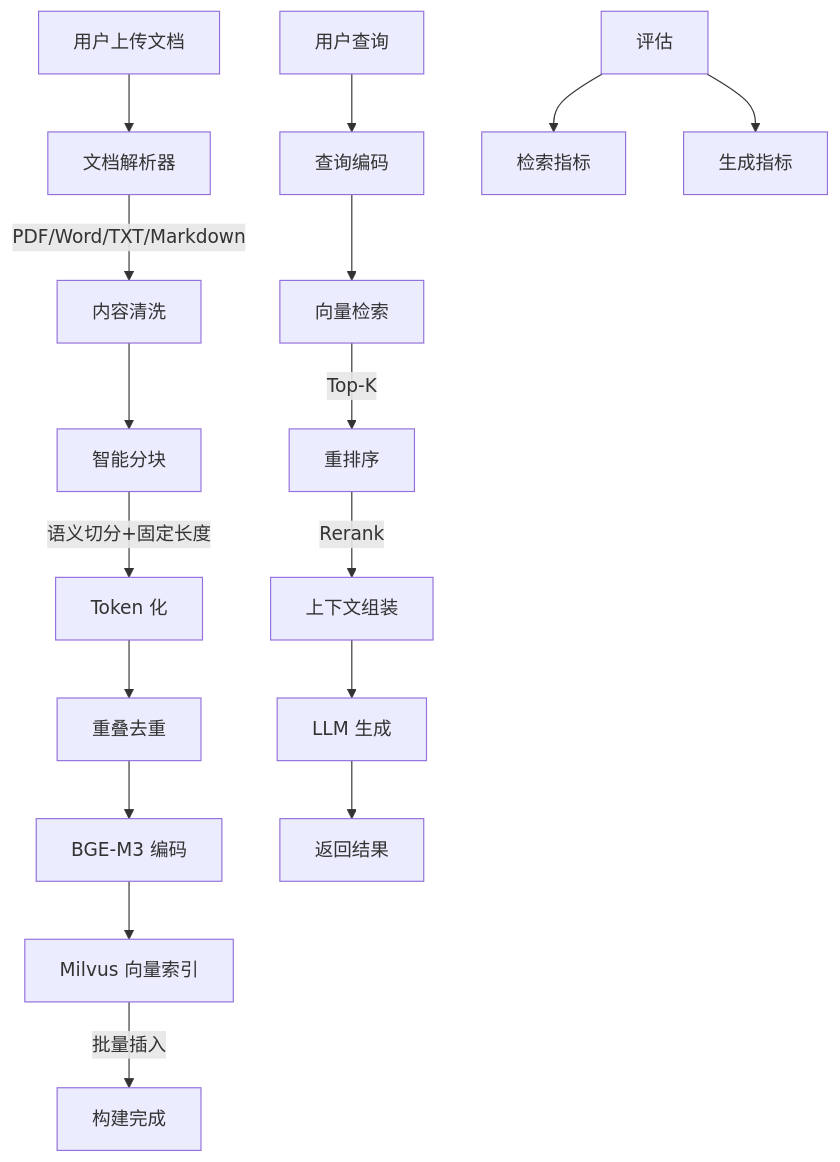
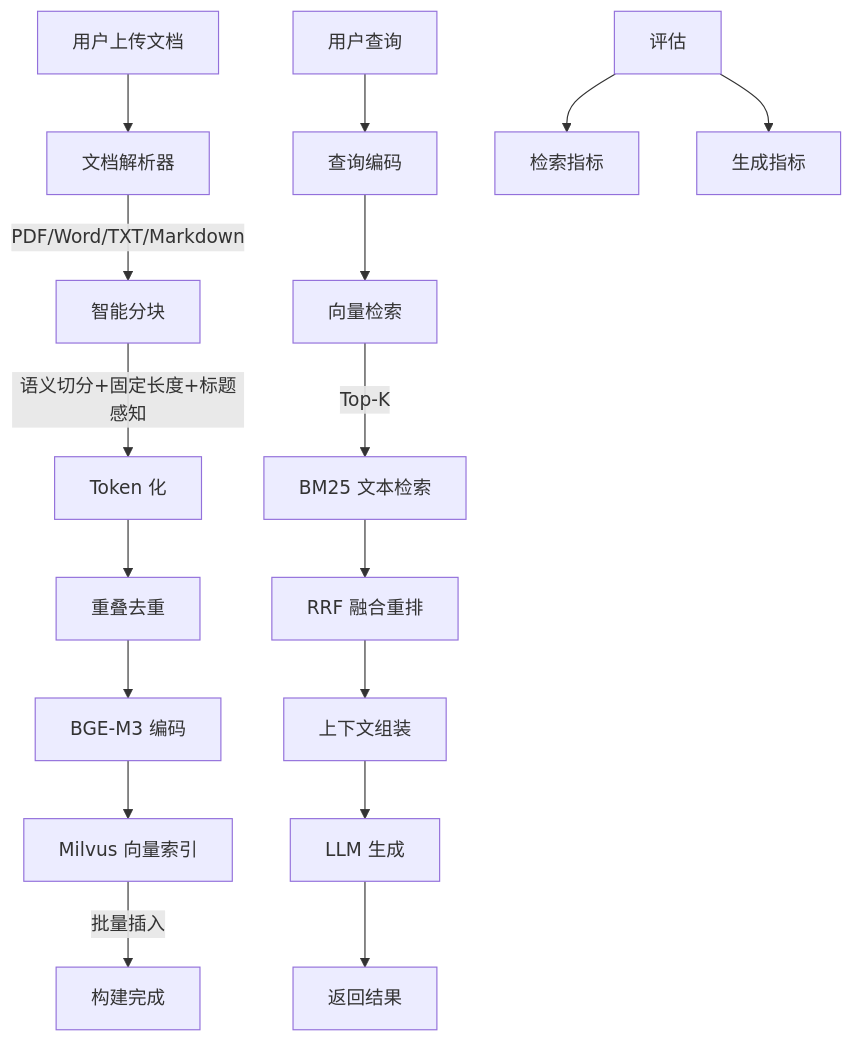
Before and after one commit to leiluZ/ai-native-saas: the second of 2 diagrams in ai-saas-week3/README.md, drawn with Mermaid. The commit also changed other lines of this file and 17 other files, not shown here.

````diff
--- a/ai-saas-week3/README.md
+++ b/ai-saas-week3/README.md
@@ -129,21 +131,21 @@
 ```mermaid
 flowchart TD
     A[用户上传文档] --> B[文档解析器]
-    B -->|PDF/Word/TXT/Markdown| C[内容清洗]
-    C --> D[智能分块]
-    D -->|语义切分+固定长度| E[Token 化]
-    E --> F[重叠去重]
-    F --> G[BGE-M3 编码]
-    G --> H[Milvus 向量索引]
-    H -->|批量插入| I[构建完成]
+    B -->|PDF/Word/TXT/Markdown| C[智能分块]
+    C -->|语义切分+固定长度+标题感知| D[Token 化]
+    D --> E[重叠去重]
+    E --> F[BGE-M3 编码]
+    F --> G[Milvus 向量索引]
+    G -->|批量插入| H[构建完成]
 
-    J[用户查询] --> K[查询编码]
-    K --> L[向量检索]
-    L -->|Top-K| M[重排序]
-    M -->|Rerank| N[上下文组装]
+    I[用户查询] --> J[查询编码]
+    J --> K[向量检索]
+    K -->|Top-K| L[BM25 文本检索]
+    L --> M[RRF 融合重排]
+    M --> N[上下文组装]
     N --> O[LLM 生成]
     O --> P[返回结果]
 
     Q[评估] --> R[检索指标]
     Q --> S[生成指标]
 ```
````
